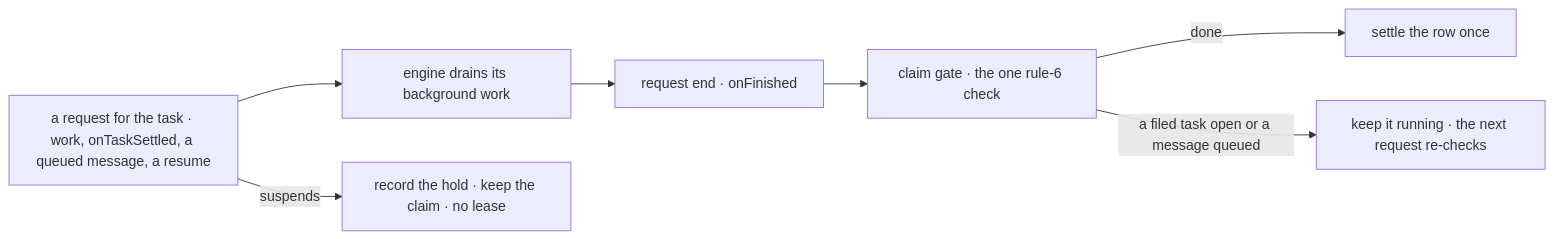
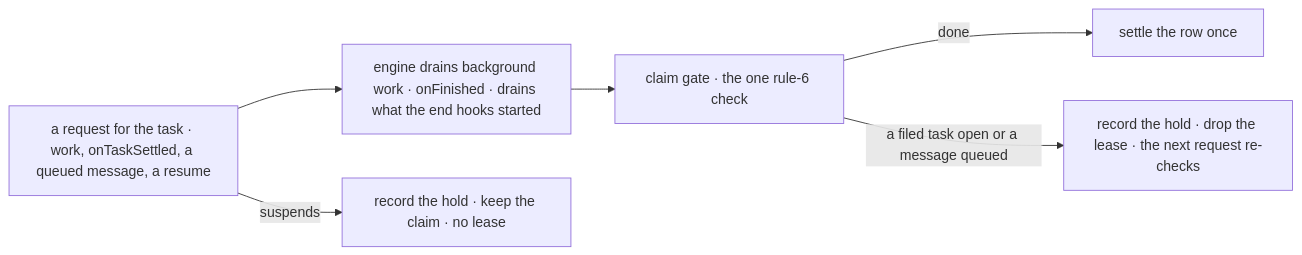
Before and after one commit to fixpoint-labs/flow-state-dev: the second of 2 diagrams in specs/issues/FIX-2077/SPEC.md, drawn with Mermaid. The commit also changed other lines of this file and 4 other files, not shown here.

First line of the commit message:
spec(FIX-2077): round 1, check after the engine's last drain; D2 decided

````diff
--- a/specs/issues/FIX-2077/SPEC.md
+++ b/specs/issues/FIX-2077/SPEC.md
@@ -81,9 +80,8 @@
 ```mermaid
 flowchart LR
-  W["a request for the task · work, onTaskSettled, a queued message, a resume"] --> E["engine drains its background work"]
-  E --> O["request end · onFinished"]
-  O --> G["claim gate · the one rule-6 check"]
+  W["a request for the task · work, onTaskSettled, a queued message, a resume"] --> E["engine drains background work · onFinished · drains what the end hooks started"]
+  E --> G["claim gate · the one rule-6 check"]
   G -->|"done"| S["settle the row once"]
-  G -->|"a filed task open or a message queued"| H["keep it running · the next request re-checks"]
+  G -->|"a filed task open or a message queued"| H["record the hold · drop the lease · the next request re-checks"]
   W -->|"suspends"| K["record the hold · keep the claim · no lease"]
 ```
````
